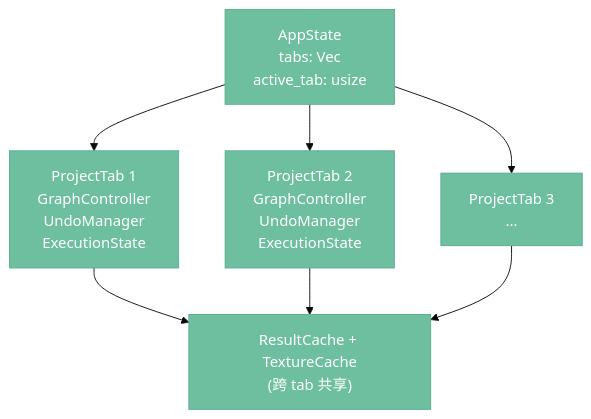
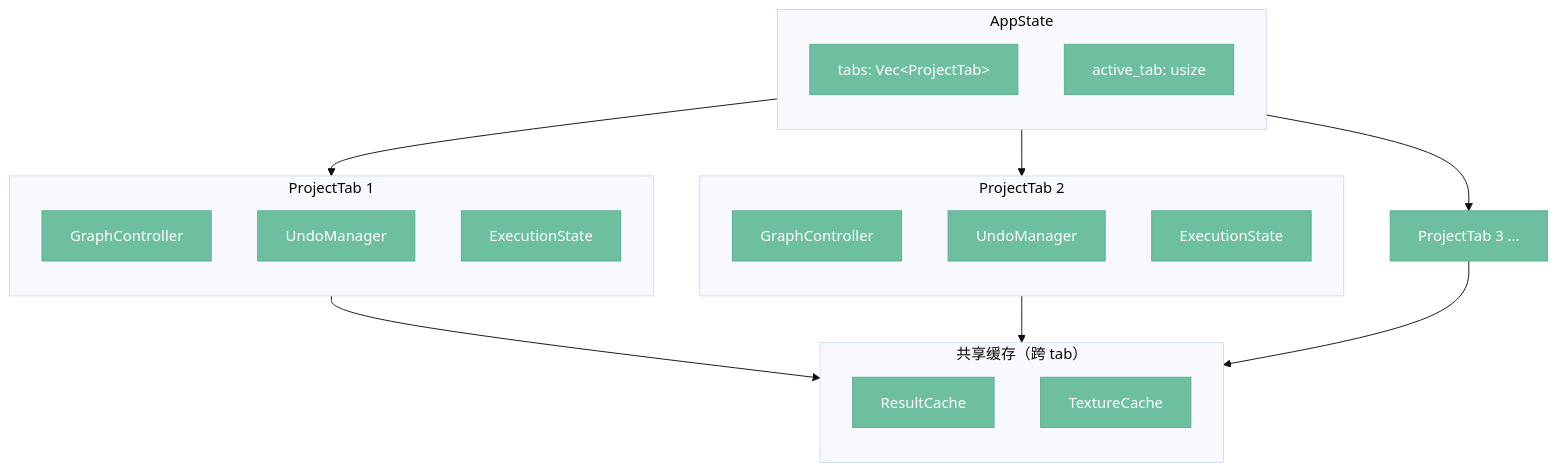
One commit to aporicho/nodeimg changed the tenth of 11 diagrams in docs/target/06-app.md. Above: the diagram before and after it, drawn with Mermaid (base theme). The commit also changed other lines of this file and 56 other files, not shown here.

````diff
--- a/docs/target/06-app.md
+++ b/docs/target/06-app.md
@@ -319,21 +598,41 @@
 ```mermaid
 flowchart TD
     classDef frontend fill:#6C9BCF,stroke:#5A89BD,color:#fff
     classDef service fill:#6DBFA0,stroke:#5BAD8E,color:#fff
 
-    AppState["AppState\ntabs: Vec<ProjectTab>\nactive_tab: usize"]:::service
+    subgraph AppState_S["AppState"]
+        direction TB
+        AS_TABS["tabs: Vec&lt;ProjectTab&gt;"]:::service
+        AS_ACTIVE["active_tab: usize"]:::service
+    end
 
-    Tab1["ProjectTab 1\nGraphController\nUndoManager\nExecutionState"]:::service
-    Tab2["ProjectTab 2\nGraphController\nUndoManager\nExecutionState"]:::service
-    Tab3["ProjectTab 3\n..."]:::service
+    subgraph Tab1_S["ProjectTab 1"]
+        direction TB
+        T1_GC["GraphController"]:::service
+        T1_UM["UndoManager"]:::service
+        T1_ES["ExecutionState"]:::service
+    end
 
-    SharedCache["ResultCache + TextureCache\n(跨 tab 共享)"]:::service
+    subgraph Tab2_S["ProjectTab 2"]
+        direction TB
+        T2_GC["GraphController"]:::service
+        T2_UM["UndoManager"]:::service
+        T2_ES["ExecutionState"]:::service
+    end
 
-    AppState --> Tab1
-    AppState --> Tab2
-    AppState --> Tab3
+    Tab3["ProjectTab 3 ..."]:::service
 
-    Tab1 --> SharedCache
-    Tab2 --> SharedCache
-    Tab3 --> SharedCache
+    subgraph SharedCache_S["共享缓存（跨 tab）"]
+        direction TB
+        SC_RC["ResultCache"]:::service
+        SC_TC["TextureCache"]:::service
+    end
+
+    AppState_S --> Tab1_S
+    AppState_S --> Tab2_S
+    AppState_S --> Tab3
+
+    Tab1_S --> SharedCache_S
+    Tab2_S --> SharedCache_S
+    Tab3 --> SharedCache_S
 ```
````
